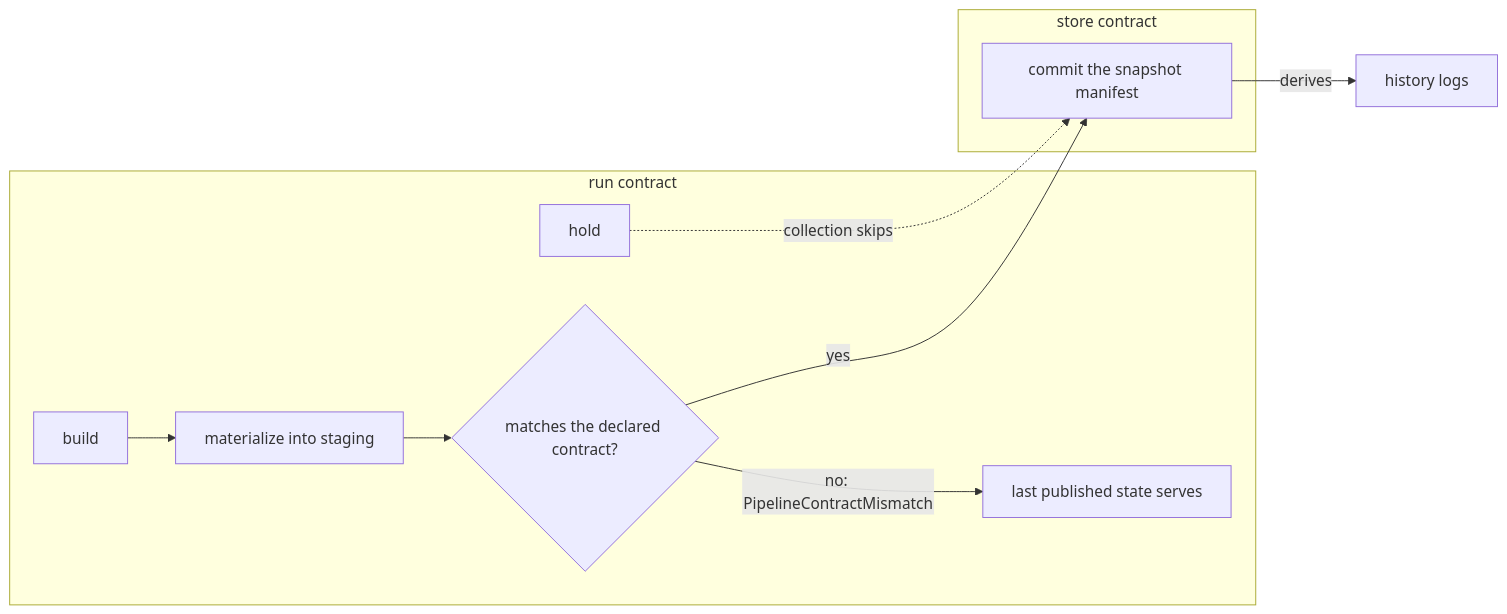
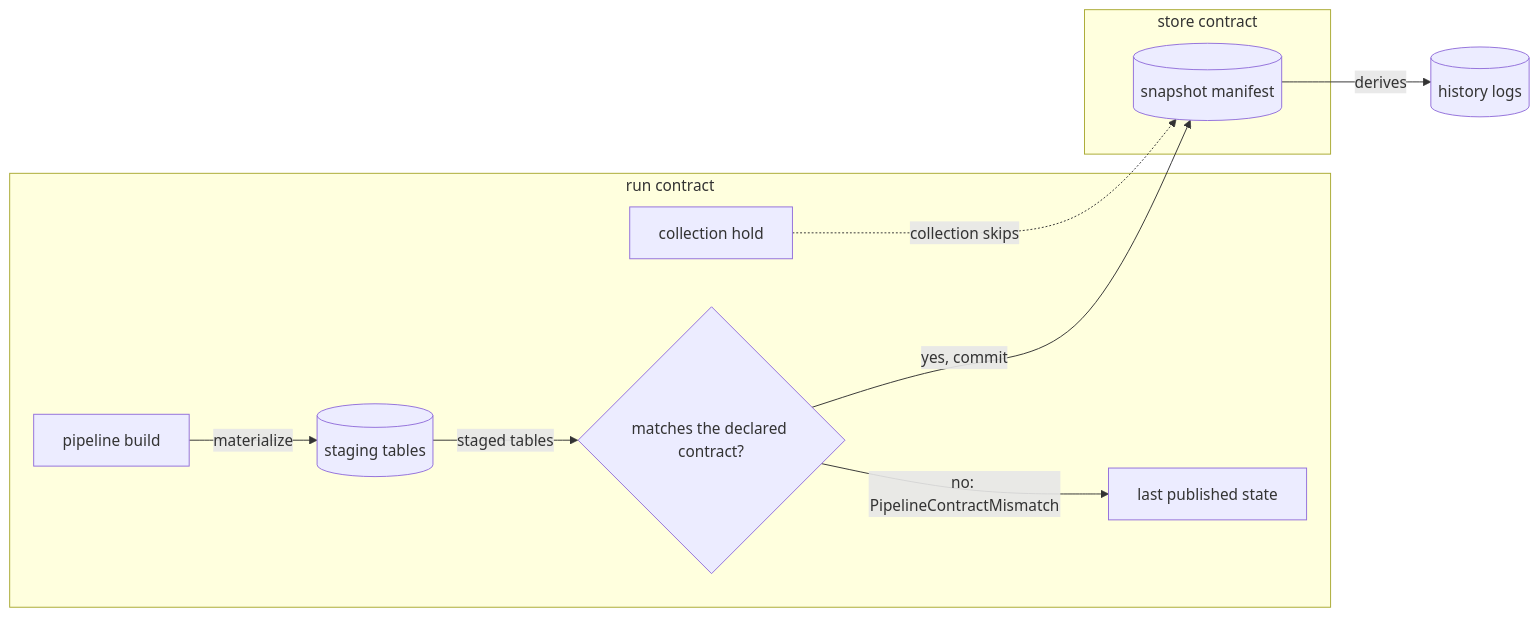
The fourth of 4 diagrams in spec/31-pipeline.md (fractalboxdev/contextful), drawn with Mermaid before and after one commit. The commit also changed other lines of this file and 31 other files, not shown here.

First line of the commit message:
spec: every diagram draws things as nodes and what flows as labelled edges

````diff
--- a/spec/31-pipeline.md
+++ b/spec/31-pipeline.md
@@ -276,15 +276,15 @@
 ```mermaid
 flowchart LR
   subgraph RUNC["run contract"]
-    B["build"] --> ST["materialize into staging"]
-    ST --> CK{"matches the declared contract?"}
-    CK -->|"no: PipelineContractMismatch"| KEEP["last published state serves"]
-    HOLD["hold"]
+    B["pipeline build"] -->|"materialize"| ST[("staging tables")]
+    ST -->|"staged tables"| CK{"matches the declared contract?"}
+    CK -->|"no: PipelineContractMismatch"| KEEP["last published state"]
+    HOLD["collection hold"]
   end
   subgraph STORE["store contract"]
-    MC["commit the snapshot manifest"]
+    MC[("snapshot manifest")]
   end
-  CK -->|yes| MC
-  MC -->|"derives"| LOGS["history logs"]
+  CK -->|"yes, commit"| MC
+  MC -->|"derives"| LOGS[("history logs")]
   HOLD -.->|"collection skips"| MC
 ```
````
